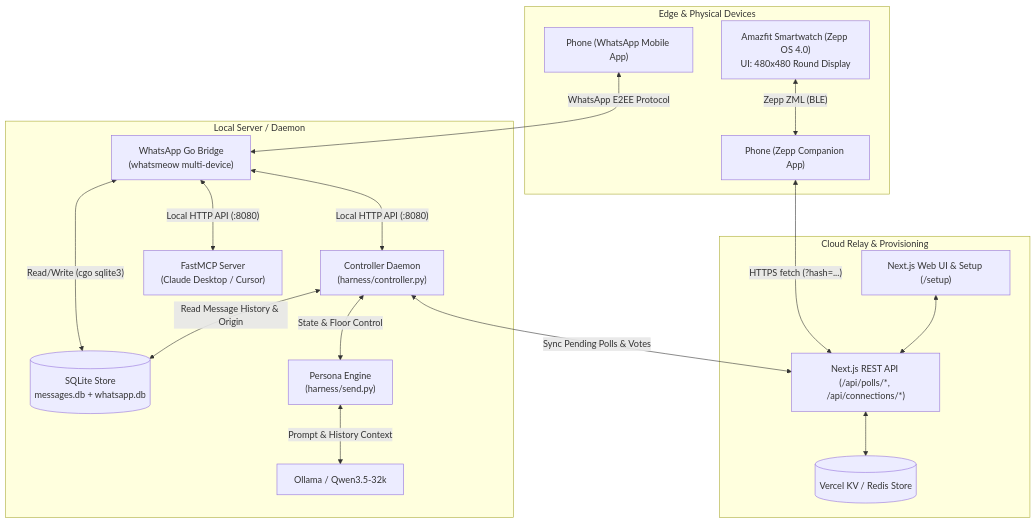
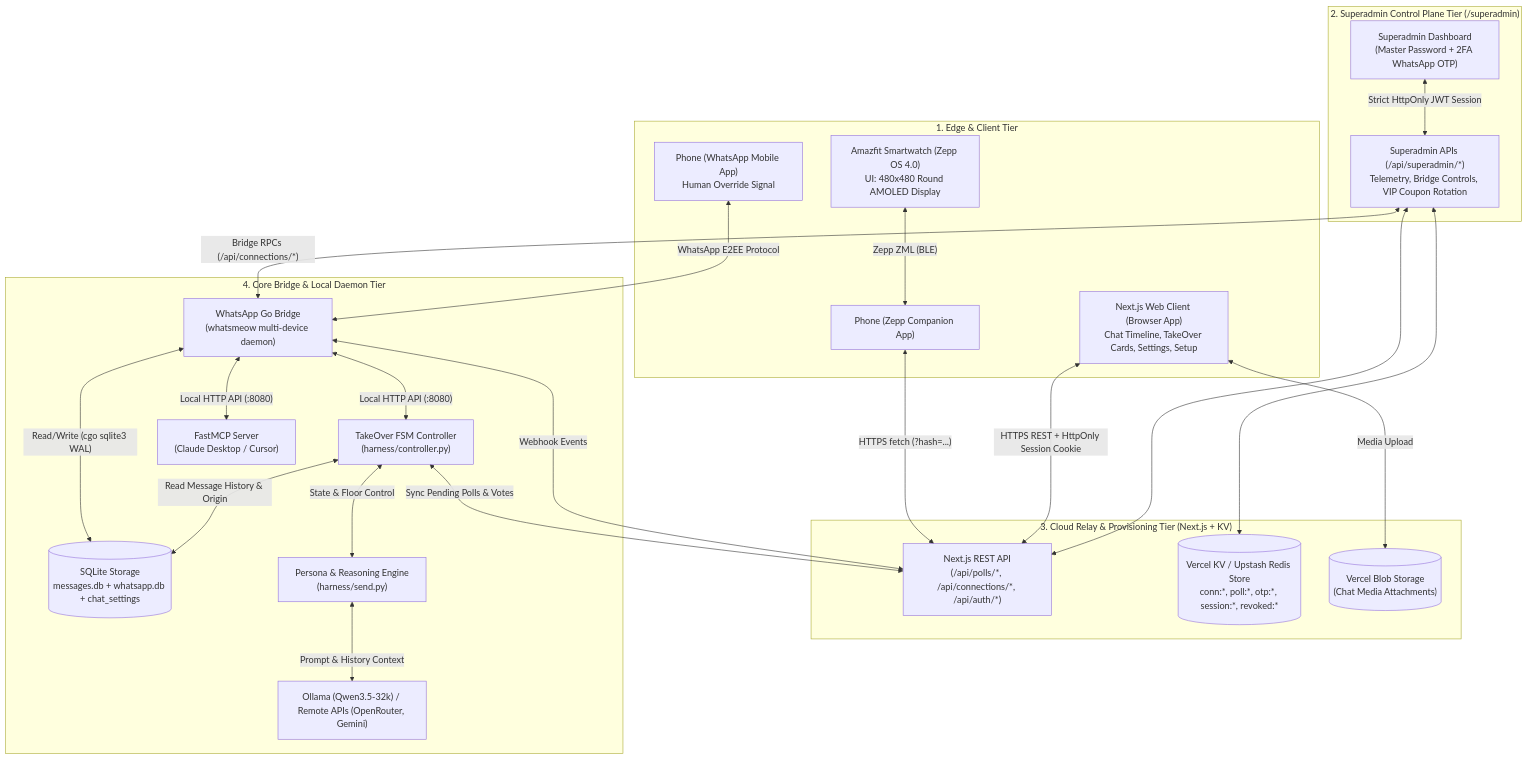
Before and after one commit to Nikhil-Mundhra/whatsapp-ai: the first of 3 diagrams in ARCHITECTURE.md, drawn with Mermaid. The commit also changed other lines of this file and 12 other files, not shown here.

Commit message:
docs: update system architecture and remove emojis across documentation

````diff
--- a/ARCHITECTURE.md
+++ b/ARCHITECTURE.md
@@ -14,38 +22,54 @@
 ```mermaid
 graph TB
-    subgraph EdgeDevice["Edge & Physical Devices"]
-        Watch["Amazfit Smartwatch (Zepp OS 4.0)<br/>UI: 480x480 Round Display"]
+    subgraph EdgeClientTier["1. Edge & Client Tier"]
+        Watch["Amazfit Smartwatch (Zepp OS 4.0)<br/>UI: 480x480 Round AMOLED Display"]
         PhoneApp["Phone (Zepp Companion App)"]
-        WhatsAppMobile["Phone (WhatsApp Mobile App)"]
+        WhatsAppMobile["Phone (WhatsApp Mobile App)<br/>Human Override Signal"]
+        WebClient["Next.js Web Client (Browser App)<br/>Chat Timeline, TakeOver Cards, Settings, Setup"]
     end
 
-    subgraph CloudTier["Cloud Relay & Provisioning"]
-        WebRelay["Next.js REST API (/api/polls/*, /api/connections/*)"]
-        KVStore[("Vercel KV / Redis Store")]
-        WebDash["Next.js Web UI & Setup (/setup)"]
+    subgraph SuperadminTier["2. Superadmin Control Plane Tier (/superadmin)"]
+        SuperadminUI["Superadmin Dashboard<br/>(Master Password + 2FA WhatsApp OTP)"]
+        SuperadminAPI["Superadmin APIs (/api/superadmin/*)<br/>Telemetry, Bridge Controls, VIP Coupon Rotation"]
     end
 
-    subgraph LocalCore["Local Server / Daemon"]
-        GoBridge["WhatsApp Go Bridge<br/>(whatsmeow multi-device)"]
-        SQLiteDB[("SQLite Store<br/>messages.db + whatsapp.db")]
-        HarnessController["Controller Daemon<br/>(harness/controller.py)"]
-        PersonaGen["Persona Engine<br/>(harness/send.py)"]
-        LocalLLM["Ollama / Qwen3.5-32k"]
+    subgraph CloudRelayTier["3. Cloud Relay & Provisioning Tier (Next.js + KV)"]
+        WebRelay["Next.js REST API<br/>(/api/polls/*, /api/connections/*, /api/auth/*)"]
+        KVStore[("Vercel KV / Upstash Redis Store<br/>conn:*, poll:*, otp:*, session:*, revoked:*")]
+        BlobStore[("Vercel Blob Storage<br/>(Chat Media Attachments)")]
+    end
+
+    subgraph LocalCoreTier["4. Core Bridge & Local Daemon Tier"]
+        GoBridge["WhatsApp Go Bridge<br/>(whatsmeow multi-device daemon)"]
+        SQLiteDB[("SQLite Storage<br/>messages.db + whatsapp.db + chat_settings")]
+        HarnessController["TakeOver FSM Controller<br/>(harness/controller.py)"]
+        PersonaGen["Persona & Reasoning Engine<br/>(harness/send.py)"]
+        LocalLLM["Ollama (Qwen3.5-32k) / Remote APIs (OpenRouter, Gemini)"]
         MCPServer["FastMCP Server<br/>(Claude Desktop / Cursor)"]
     end
 
+    %% Edge Client Tier Connections
     Watch <-->|"Zepp ZML (BLE)"| PhoneApp
     PhoneApp <-->|"HTTPS fetch (?hash=...)"| WebRelay
-    WebDash <--> WebRelay
-    WebRelay <--> KVStore
+    WebClient <-->|"HTTPS REST + HttpOnly Session Cookie"| WebRelay
+    WebClient <-->|"Media Upload"| BlobStore
 
+    %% Superadmin Connections
+    SuperadminUI <-->|"Strict HttpOnly JWT Session"| SuperadminAPI
+    SuperadminAPI <--> WebRelay
+    SuperadminAPI <--> KVStore
+    SuperadminAPI <-->|"Bridge RPCs (/api/connections/*)"| GoBridge
+
+    %% WhatsApp Mobile & Bridge Core
     WhatsAppMobile <-->|"WhatsApp E2EE Protocol"| GoBridge
-    GoBridge <-->|"Read/Write (cgo sqlite3)"| SQLiteDB
+    GoBridge <-->|"Read/Write (cgo sqlite3 WAL)"| SQLiteDB
     GoBridge <-->|"Local HTTP API (:8080)"| HarnessController
     GoBridge <-->|"Local HTTP API (:8080)"| MCPServer
 
+    %% Controller & Persona
     HarnessController <-->|"Read Message History & Origin"| SQLiteDB
     HarnessController <-->|"State & Floor Control"| PersonaGen
     PersonaGen <-->|"Prompt & History Context"| LocalLLM
     HarnessController <-->|"Sync Pending Polls & Votes"| WebRelay
+    GoBridge <-->|"Webhook Events"| WebRelay
 ```
````
